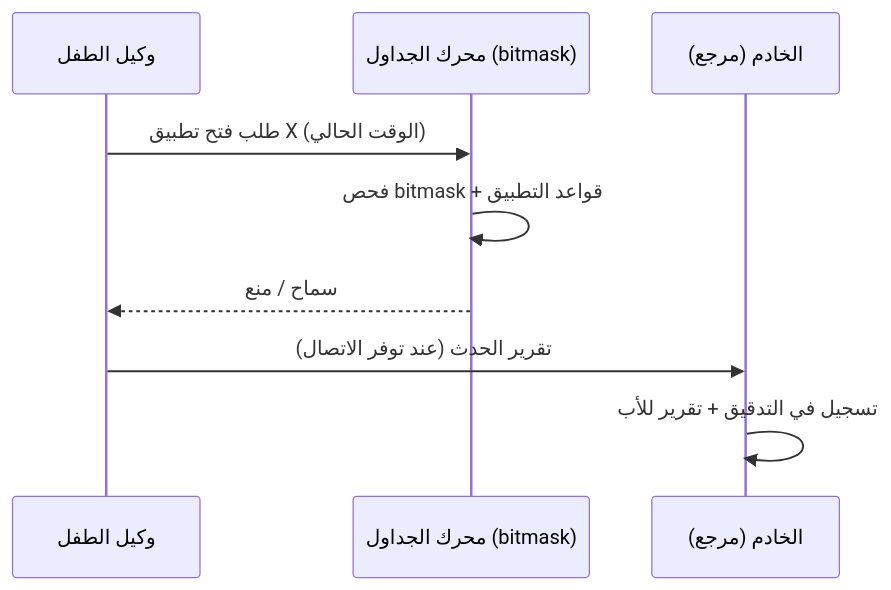
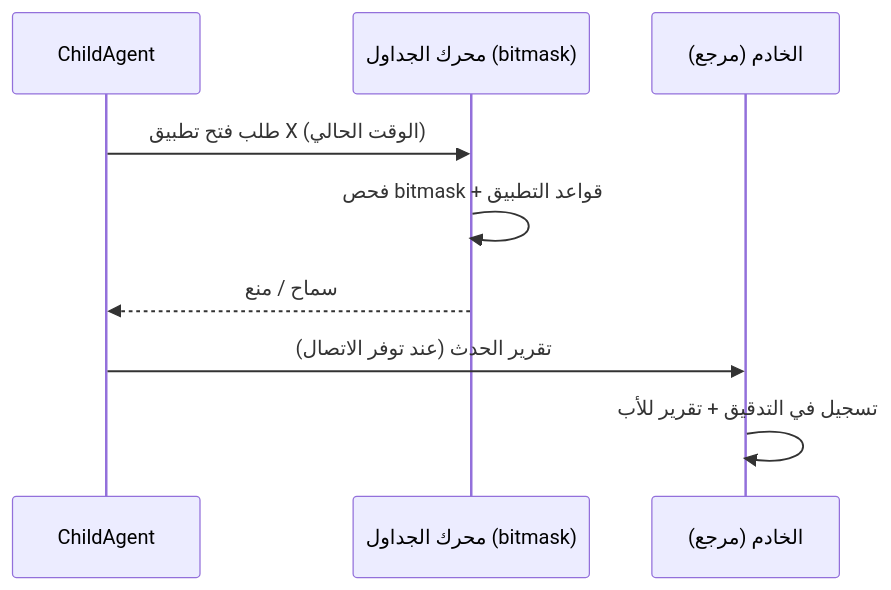
Before and after one commit to Bassam-mohammed-alqaeadi/family-os-v2: the fifth of 9 diagrams in docs/family-os/governance/architecture/ARCHITECTURE.md, drawn with Mermaid. The commit also changed other lines of this file and 11 other files, not shown here.

````diff
--- a/docs/family-os/governance/architecture/ARCHITECTURE.md
+++ b/docs/family-os/governance/architecture/ARCHITECTURE.md
@@ -246,11 +252,11 @@
 ```mermaid
 sequenceDiagram
-    participant C as وكيل الطفل
+    participant C as ChildAgent
     participant E as محرك الجداول (bitmask)
     participant S as الخادم (مرجع)
     C->>E: طلب فتح تطبيق X (الوقت الحالي)
     E->>E: فحص bitmask + قواعد التطبيق
     E-->>C: سماح / منع
     C->>S: تقرير الحدث (عند توفر الاتصال)
     S->>S: تسجيل في التدقيق + تقرير للأب
 ```
````
